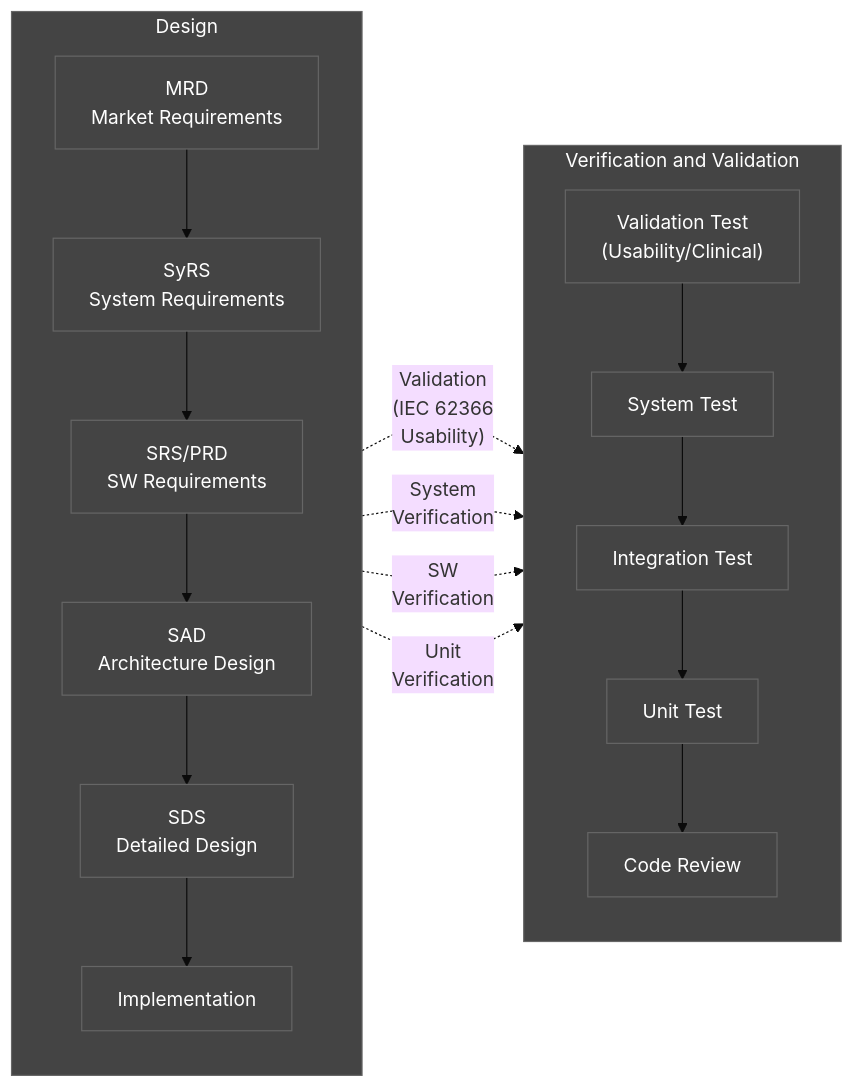
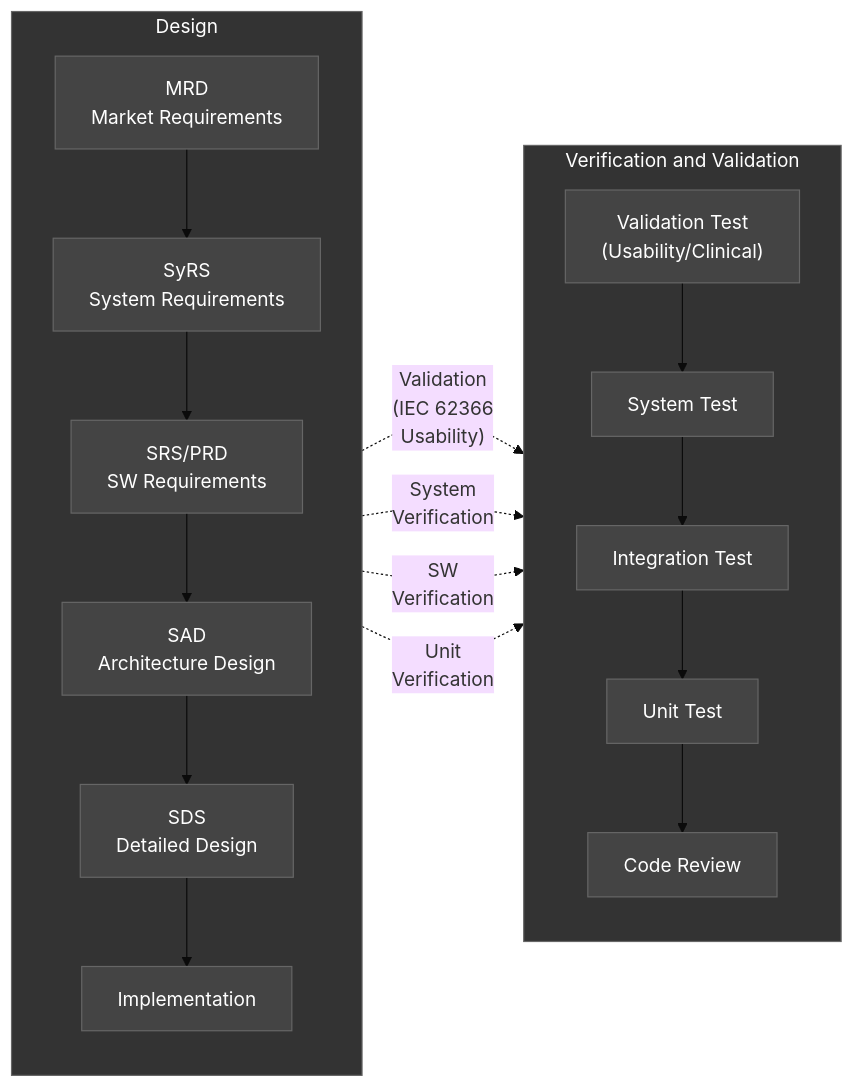
Before and after one commit to holee9/console-gui: the fifth of 7 diagrams in docs/planning/DOC-001_MRD_v3.0.md, drawn with Mermaid (base theme). The commit also changed other lines of this file and 2 other files, not shown here.

First line of the commit message:
fix: Mermaid 차트 전체 classDef default 방식으로 변환

````diff
--- a/docs/planning/DOC-001_MRD_v3.0.md
+++ b/docs/planning/DOC-001_MRD_v3.0.md
@@ -621,51 +609,41 @@
 ```mermaid
 flowchart LR
+    classDef default fill:#444,stroke:#666,color:#fff
     subgraph Left["Design"]
         direction TB
         MRD_box["MRD\nMarket Requirements"]
         SyRS_box["SyRS\nSystem Requirements"]
         SRS_box["SRS/PRD\nSW Requirements"]
         SAD_box["SAD\nArchitecture Design"]
         SDS_box["SDS\nDetailed Design"]
         Code_box["Implementation"]
 
         MRD_box --> SyRS_box
         SyRS_box --> SRS_box
         SRS_box --> SAD_box
         SAD_box --> SDS_box
         SDS_box --> Code_box
     end
 
     subgraph Right["Verification and Validation"]
         direction TB
         VT_box["Validation Test\n(Usability/Clinical)"]
         SysT_box["System Test"]
         IntT_box["Integration Test"]
         UnitT_box["Unit Test"]
         Code_box2["Code Review"]
 
         VT_box --> SysT_box
         SysT_box --> IntT_box
         IntT_box --> UnitT_box
         UnitT_box --> Code_box2
     end
 
     MRD_box -.->|"Validation\n(IEC 62366\nUsability)"| VT_box
     SyRS_box -.->|"System\nVerification"| SysT_box
     SRS_box -.->|"SW\nVerification"| IntT_box
     SDS_box -.->|"Unit\nVerification"| UnitT_box
 
-    style Left fill:#444,stroke:#666,color:#fff
-    style Right fill:#444,stroke:#666,color:#fff
-    style MRD_box fill:#444,stroke:#666,color:#fff
-    style SyRS_box fill:#444,stroke:#666,color:#fff
-    style SRS_box fill:#444,stroke:#666,color:#fff
-    style SAD_box fill:#444,stroke:#666,color:#fff
-    style SDS_box fill:#444,stroke:#666,color:#fff
-    style Code_box fill:#444,stroke:#666,color:#fff
-    style VT_box fill:#444,stroke:#666,color:#fff
-    style SysT_box fill:#444,stroke:#666,color:#fff
-    style IntT_box fill:#444,stroke:#666,color:#fff
-    style UnitT_box fill:#444,stroke:#666,color:#fff
-    style Code_box2 fill:#444,stroke:#666,color:#fff
+    style Left fill:#333,stroke:#666,color:#fff
+    style Right fill:#333,stroke:#666,color:#fff
 ```
````
